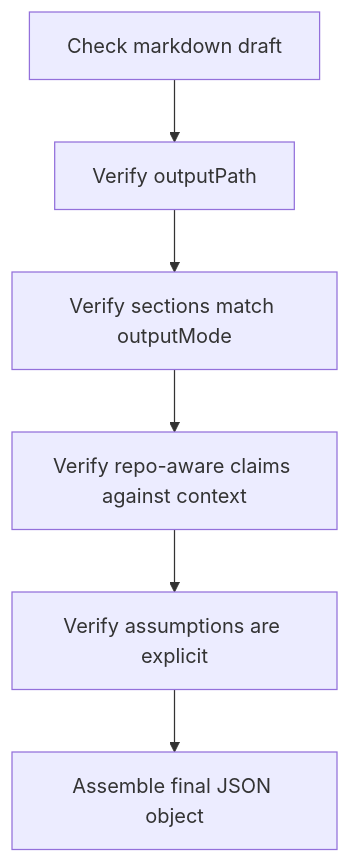
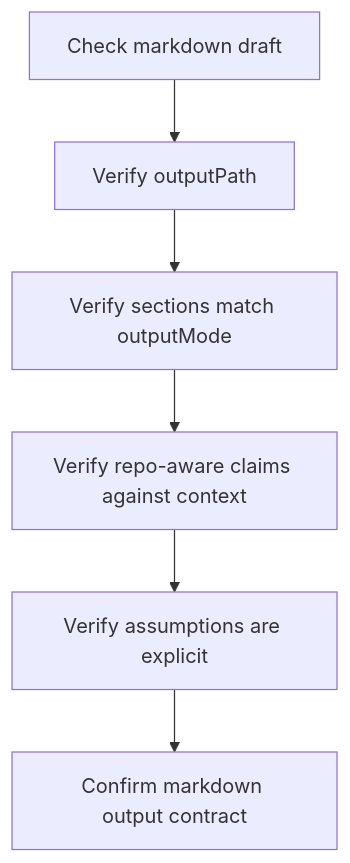
Before and after one commit to buddolla1/agents-skills-instructions: the diagram in github/skills/engineering-design-agent/docs/engineering-design-validation-skill-overview.md, drawn with Mermaid. The commit also changed other lines of this file and 22 other files, not shown here.

````diff
--- a/github/skills/engineering-design-agent/docs/engineering-design-validation-skill-overview.md
+++ b/github/skills/engineering-design-agent/docs/engineering-design-validation-skill-overview.md
@@ -19,8 +19,8 @@
 ```mermaid
 flowchart TD
     A[Check markdown draft] --> B[Verify outputPath]
     B --> C[Verify sections match outputMode]
     C --> D[Verify repo-aware claims against context]
     D --> E[Verify assumptions are explicit]
-    E --> F[Assemble final JSON object]
+    E --> F[Confirm markdown output contract]
 ```
````
